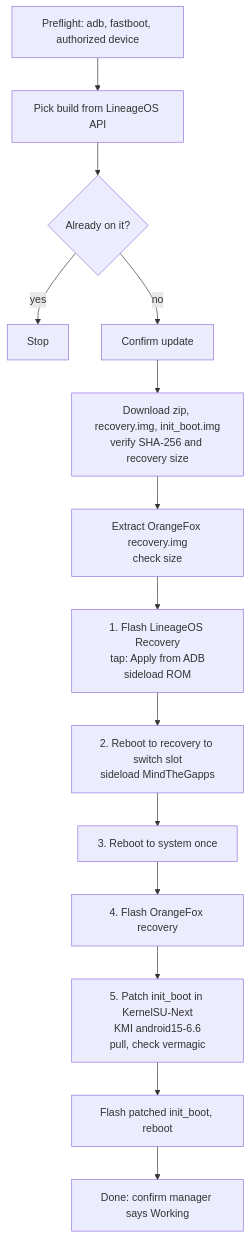
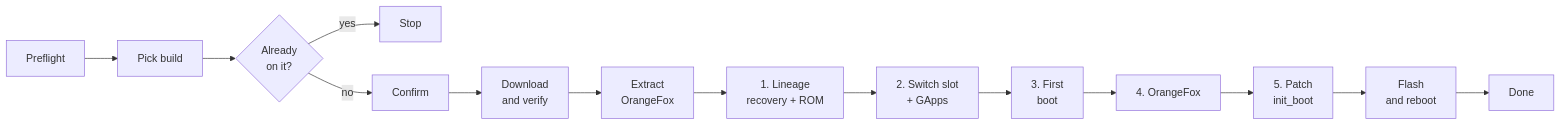
One commit to AardeYamz/oneplus-dodge-updater changed the diagram in README.md. Above: the diagram before and after it, drawn with Mermaid. The commit also changed other lines of this file, not shown here.

Commit message:
Make the flow diagram left to right with a steps table

````diff
--- a/README.md
+++ b/README.md
@@ -34,16 +34,6 @@
 ```mermaid
-flowchart TD
-    A[Preflight: adb, fastboot, authorized device] --> B[Pick build from LineageOS API]
-    B --> C{Already on it?}
-    C -- yes --> Z1[Stop]
-    C -- no --> D[Confirm update]
-    D --> E[Download zip, recovery.img, init_boot.img<br/>verify SHA-256 and recovery size]
-    E --> F[Extract OrangeFox recovery.img<br/>check size]
-    F --> G[1. Flash LineageOS Recovery<br/>tap: Apply from ADB<br/>sideload ROM]
-    G --> H[2. Reboot to recovery to switch slot<br/>sideload MindTheGapps]
-    H --> I[3. Reboot to system once]
-    I --> J[4. Flash OrangeFox recovery]
-    J --> K[5. Patch init_boot in KernelSU-Next<br/>KMI android15-6.6<br/>pull, check vermagic]
-    K --> L[Flash patched init_boot, reboot]
-    L --> Z2[Done: confirm manager says Working]
+flowchart LR
+    S1[Preflight] --> S2[Pick build] --> Q{Already<br/>on it?}
+    Q -- yes --> X[Stop]
+    Q -- no --> S3[Confirm] --> S4[Download<br/>and verify] --> S5[Extract<br/>OrangeFox] --> S6[1. Lineage<br/>recovery + ROM] --> S7[2. Switch slot<br/>+ GApps] --> S8[3. First<br/>boot] --> S9[4. OrangeFox] --> S10[5. Patch<br/>init_boot] --> S11[Flash<br/>and reboot] --> D[Done]
 ```
````
